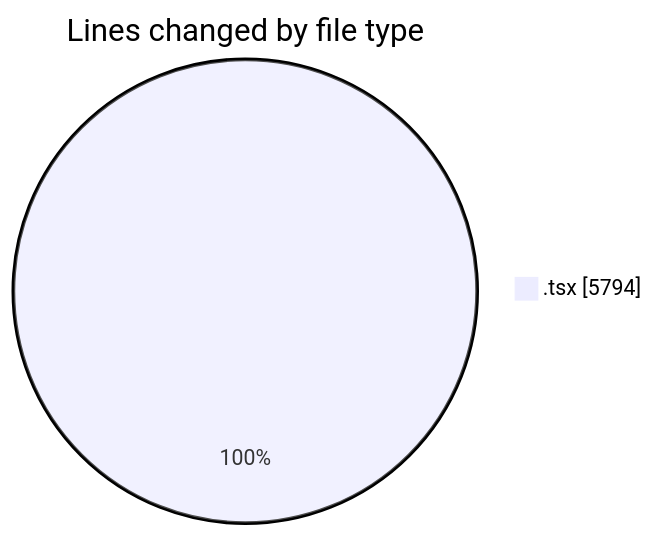
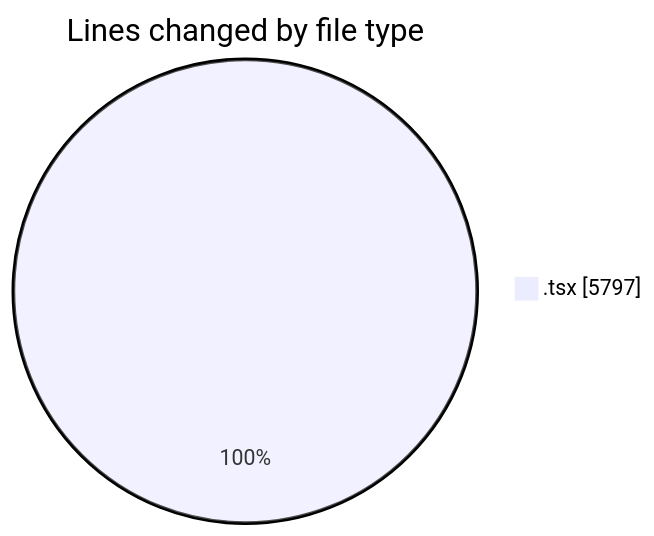
One commit to momahboobian/code-tracking changed the first of 2 diagrams in 2025-12-04/cda/README.md. Above: the diagram before and after it, drawn with Mermaid. The commit also changed other lines of this file and 1 other file, not shown here.

````diff
--- a/2025-12-04/cda/README.md
+++ b/2025-12-04/cda/README.md
@@ -22,5 +22,5 @@
 ```mermaid
 pie showData
 title Lines changed by file type
-".tsx" : 5794
+".tsx" : 5797
 ```
````
